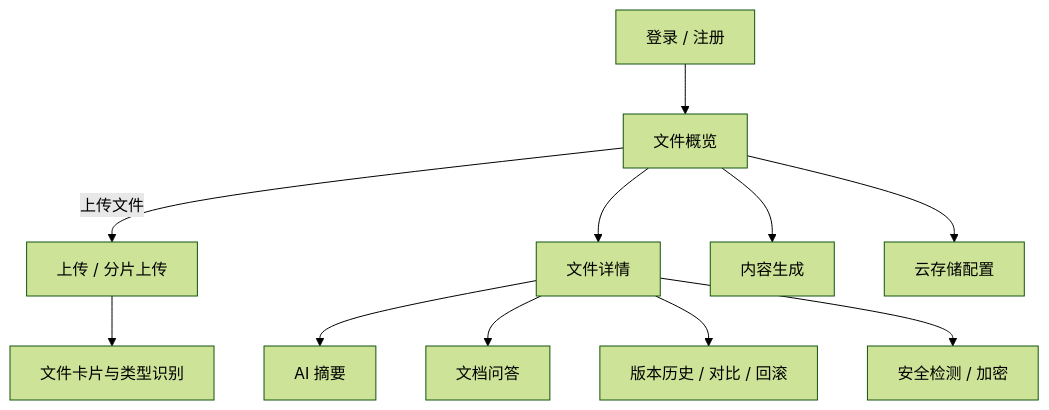
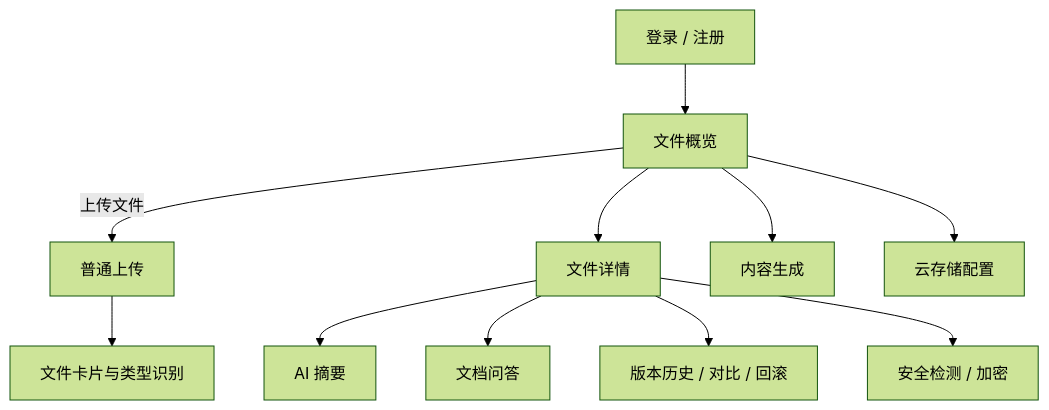
One commit to YL-snow/NebulaMind changed the fifth of 5 diagrams in docs/flow-diagrams.md. Above: the diagram before and after it, drawn with Mermaid (forest theme). The commit also changed other lines of this file and 15 other files, not shown here.

````diff
--- a/docs/flow-diagrams.md
+++ b/docs/flow-diagrams.md
@@ -80,13 +80,13 @@
 ```mermaid
 flowchart TD
     A[登录 / 注册] --> B[文件概览]
-    B -->|上传文件| C[上传 / 分片上传]
+    B -->|上传文件| C[普通上传]
     C --> D[文件卡片与类型识别]
     B --> E[文件详情]
     E --> F[AI 摘要]
     E --> G[文档问答]
     E --> H[版本历史 / 对比 / 回滚]
     E --> I[安全检测 / 加密]
     B --> J[内容生成]
     B --> K[云存储配置]
 ```
````
